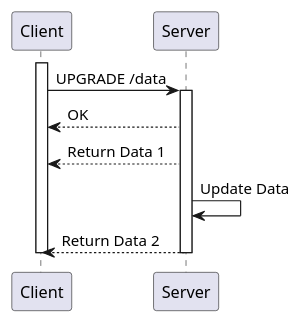
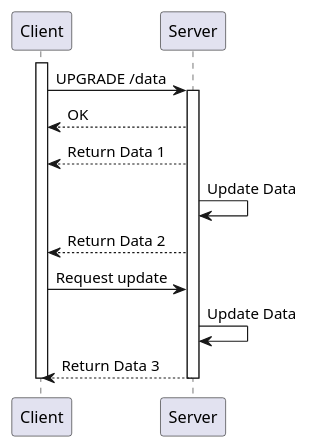
Before and after one commit to gutentag2012/mi-web-technologien-real-time-workshop: the diagram in frontend/src/diagrams/WebSockets.puml, drawn with PlantUML. The commit also changed 8 other files, not shown here.

```diff
--- a/frontend/src/diagrams/WebSockets.puml
+++ b/frontend/src/diagrams/WebSockets.puml
@@ -1,13 +1,16 @@
 @startuml
 activate Client
 
 Client -> Server: UPGRADE /data
 activate Server
 Server --> Client: OK
 Server --> Client: Return Data 1
 Server -> Server: Update Data
 Server --> Client: Return Data 2
+Client -> Server: Request update
+Server -> Server: Update Data
+Server --> Client: Return Data 3
 deactivate Server
 
 deactivate Client
 @enduml
```
